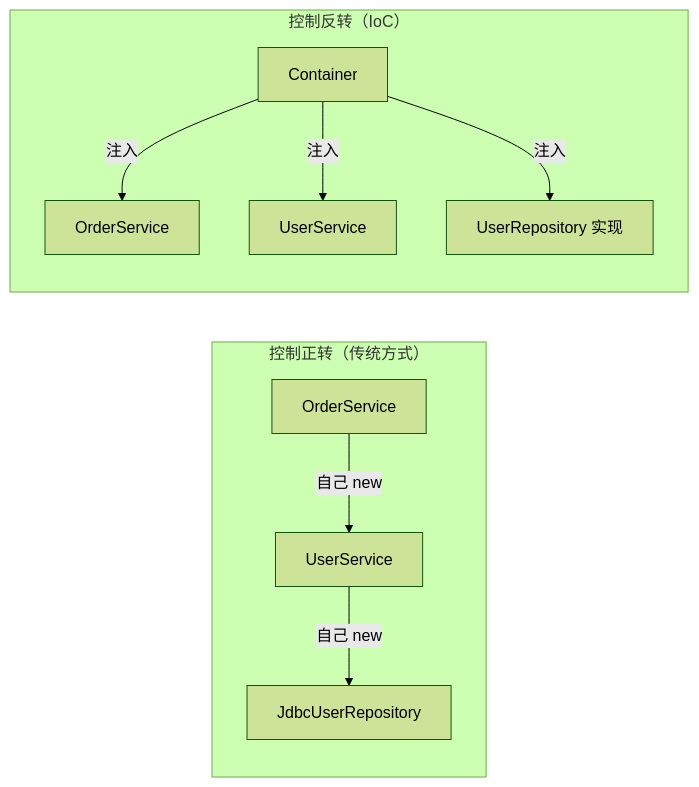
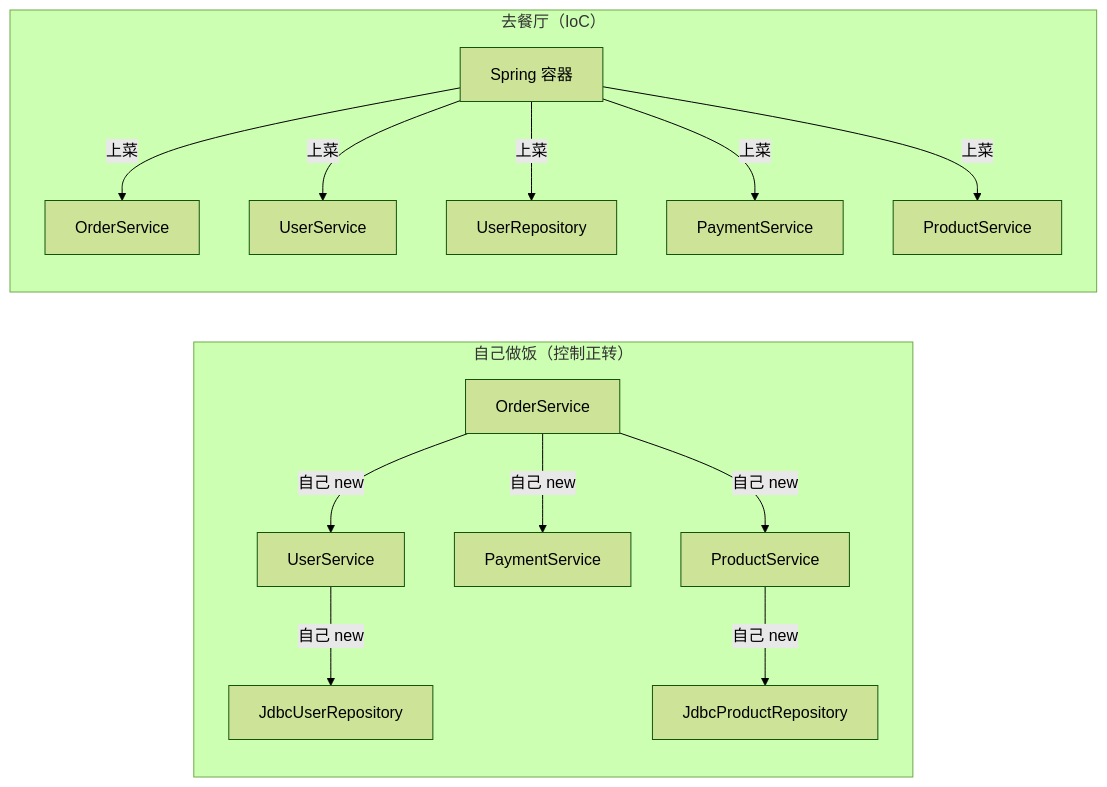
Before and after one commit to b1tzer/spring-world: the first of 3 diagrams in docs/01-spring-core/chapter-01-ioc-di.md, drawn with Mermaid (forest theme). The commit also changed other lines of this file and 3 other files, not shown here.

````diff
--- a/docs/01-spring-core/chapter-01-ioc-di.md
+++ b/docs/01-spring-core/chapter-01-ioc-di.md
@@ -102,13 +66,18 @@
 ```mermaid
 graph LR
-    subgraph "控制正转（传统方式）"
+    subgraph "自己做饭（控制正转）"
         A[OrderService] -->|自己 new| B[UserService]
         B -->|自己 new| C[JdbcUserRepository]
+        A -->|自己 new| D[PaymentService]
+        A -->|自己 new| E[ProductService]
+        E -->|自己 new| F[JdbcProductRepository]
     end
 
-    subgraph "控制反转（IoC）"
-        D[Container] -->|注入| E[OrderService]
-        D -->|注入| F[UserService]
-        D -->|注入| G[UserRepository 实现]
+    subgraph "去餐厅（IoC）"
+        G[Spring 容器] -->|上菜| H[OrderService]
+        G -->|上菜| I[UserService]
+        G -->|上菜| J[UserRepository]
+        G -->|上菜| K[PaymentService]
+        G -->|上菜| L[ProductService]
     end
 ```
````
